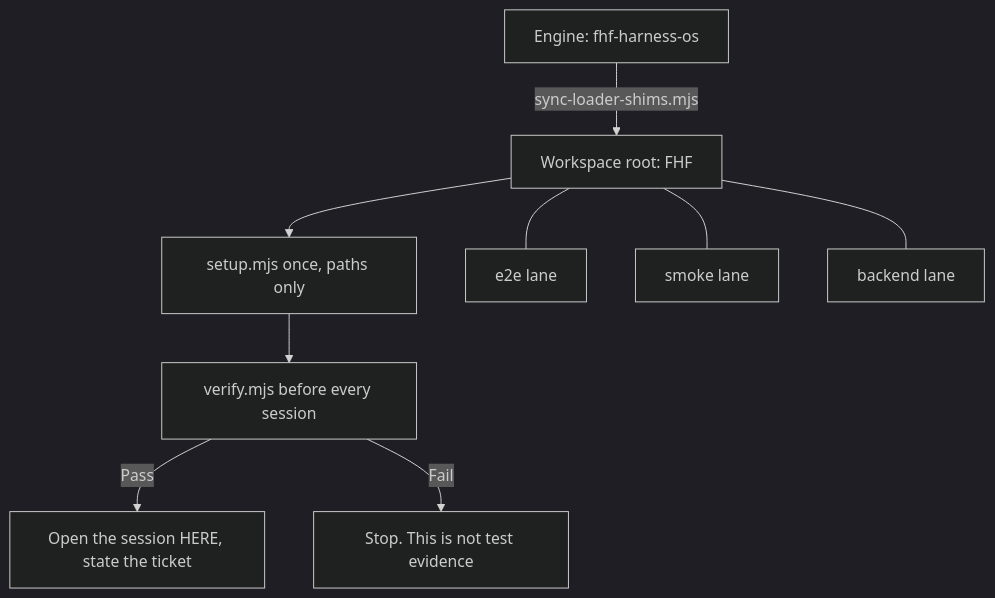
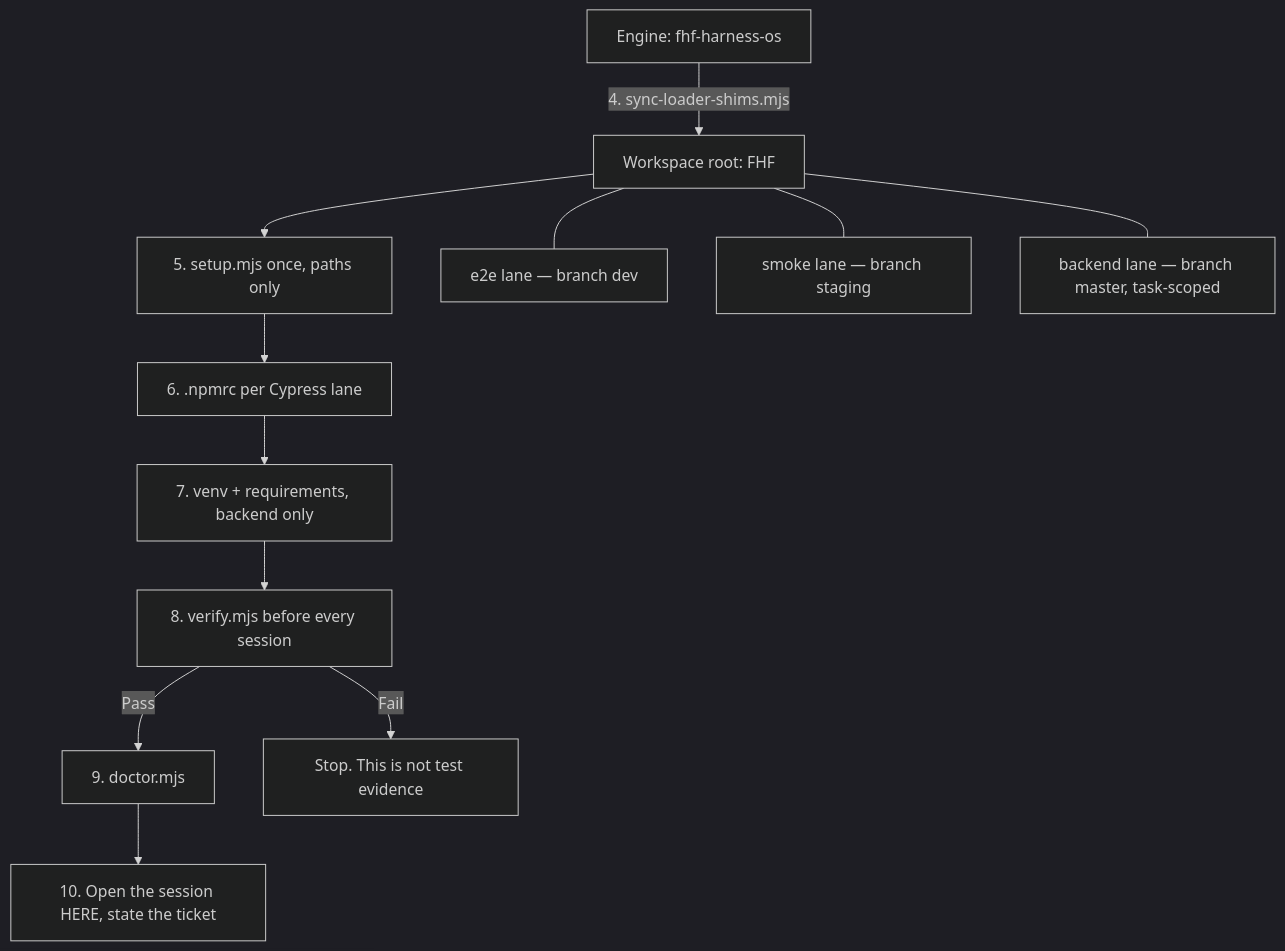
The second of 12 diagrams in docs/adoption/qa-harness.md (lfyagya/fhf-qa-harness-os), drawn with Mermaid (dark theme) before and after one commit. The commit also changed other lines of this file, not shown here.

First line of the commit message:
docs(adoption): make the setup guide a verified step-by-step

````diff
--- a/docs/adoption/qa-harness.md
+++ b/docs/adoption/qa-harness.md
@@ -140,11 +247,14 @@
 ```mermaid
 flowchart TD
-  E[Engine: fhf-harness-os] -->|sync-loader-shims.mjs| W[Workspace root: FHF]
-  W --> S[setup.mjs once, paths only]
-  S --> V[verify.mjs before every session]
-  V -->|Pass| K[Open the session HERE, state the ticket]
+  E[Engine: fhf-harness-os] -->|"4. sync-loader-shims.mjs"| W[Workspace root: FHF]
+  W --> S["5. setup.mjs once, paths only"]
+  S --> N["6. .npmrc per Cypress lane"]
+  N --> B["7. venv + requirements, backend only"]
+  B --> V["8. verify.mjs before every session"]
+  V -->|Pass| D["9. doctor.mjs"]
+  D --> K["10. Open the session HERE, state the ticket"]
   V -->|Fail| F[Stop. This is not test evidence]
-  W --- L1[e2e lane]
-  W --- L2[smoke lane]
-  W --- L3[backend lane]
+  W --- L1["e2e lane — branch dev"]
+  W --- L2["smoke lane — branch staging"]
+  W --- L3["backend lane — branch master, task-scoped"]
 ```
````
